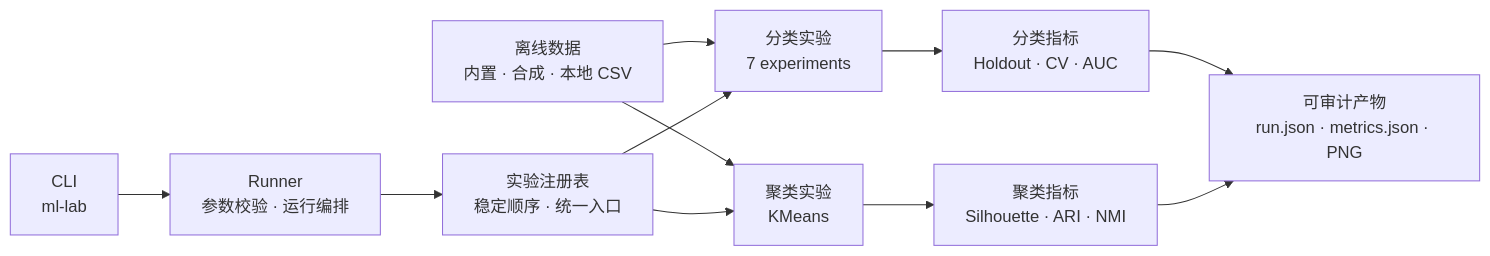
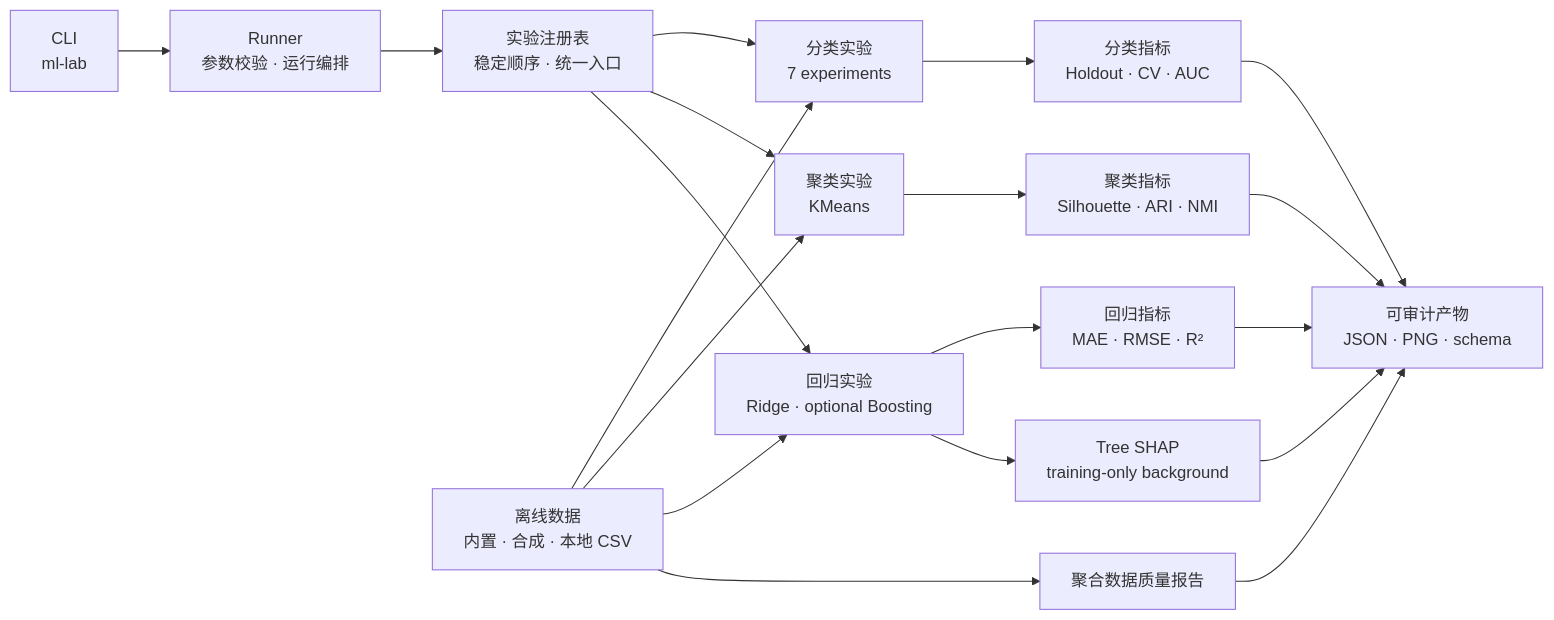
Before and after one commit to silasxlx/classical-ml-lab: the diagram in README.md, drawn with Mermaid. The commit also changed other lines of this file and 46 other files, not shown here.

Commit message:
feat: add regression boosting shap and data quality

````diff
--- a/README.md
+++ b/README.md
@@ -88,17 +109,25 @@
 ```mermaid
 flowchart LR
     CLI["CLI<br/>ml-lab"] --> Runner["Runner<br/>参数校验 · 运行编排"]
     Runner --> Registry["实验注册表<br/>稳定顺序 · 统一入口"]
 
     Data["离线数据<br/>内置 · 合成 · 本地 CSV"] --> Classification
     Data --> Clustering
+    Data --> Regression
+    Data --> DataQuality["聚合数据质量报告"]
 
     Registry --> Classification["分类实验<br/>7 experiments"]
     Registry --> Clustering["聚类实验<br/>KMeans"]
+    Registry --> Regression["回归实验<br/>Ridge · optional Boosting"]
 
     Classification --> ClassificationMetrics["分类指标<br/>Holdout · CV · AUC"]
     Clustering --> ClusteringMetrics["聚类指标<br/>Silhouette · ARI · NMI"]
+    Regression --> RegressionMetrics["回归指标<br/>MAE · RMSE · R²"]
+    Regression --> Explainability["Tree SHAP<br/>training-only background"]
 
-    ClassificationMetrics --> Artifacts["可审计产物<br/>run.json · metrics.json · PNG"]
+    ClassificationMetrics --> Artifacts["可审计产物<br/>JSON · PNG · schema"]
     ClusteringMetrics --> Artifacts
+    RegressionMetrics --> Artifacts
+    DataQuality --> Artifacts["可审计产物<br/>JSON · PNG · schema"]
+    Explainability --> Artifacts
 ```
````
